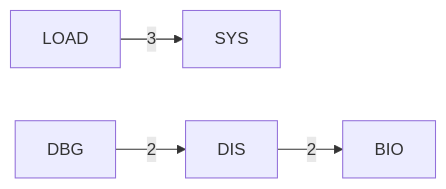
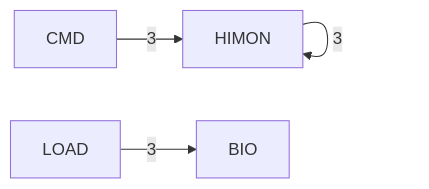
Before and after one commit to 95westus/R-YORS: the fourth of 7 diagrams in DOC/GENERATED/ROUTINE_CLASS_DIAGRAM.md, drawn with Mermaid. The commit also changed other lines of this file and 25 other files, not shown here.

````diff
--- a/DOC/GENERATED/ROUTINE_CLASS_DIAGRAM.md
+++ b/DOC/GENERATED/ROUTINE_CLASS_DIAGRAM.md
@@ -62,6 +62,6 @@
 ```mermaid
 flowchart LR
-    P_LOAD[LOAD] -->|3| P_SYS[SYS]
-    P_DBG[DBG] -->|2| P_DIS[DIS]
-    P_DIS[DIS] -->|2| P_BIO[BIO]
+    P_CMD[CMD] -->|3| P_HIMON[HIMON]
+    P_HIMON[HIMON] -->|3| P_HIMON[HIMON]
+    P_LOAD[LOAD] -->|3| P_BIO[BIO]
 ```
````
